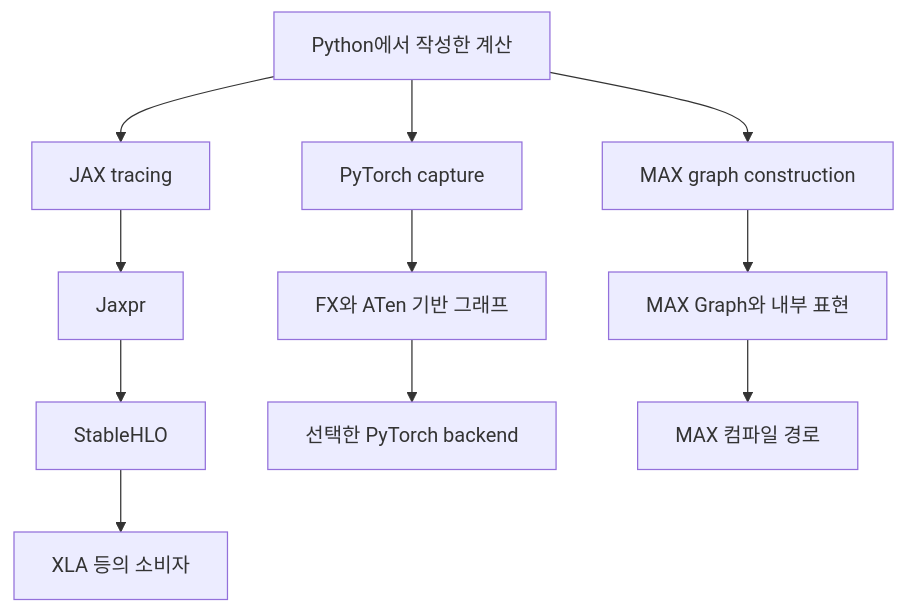
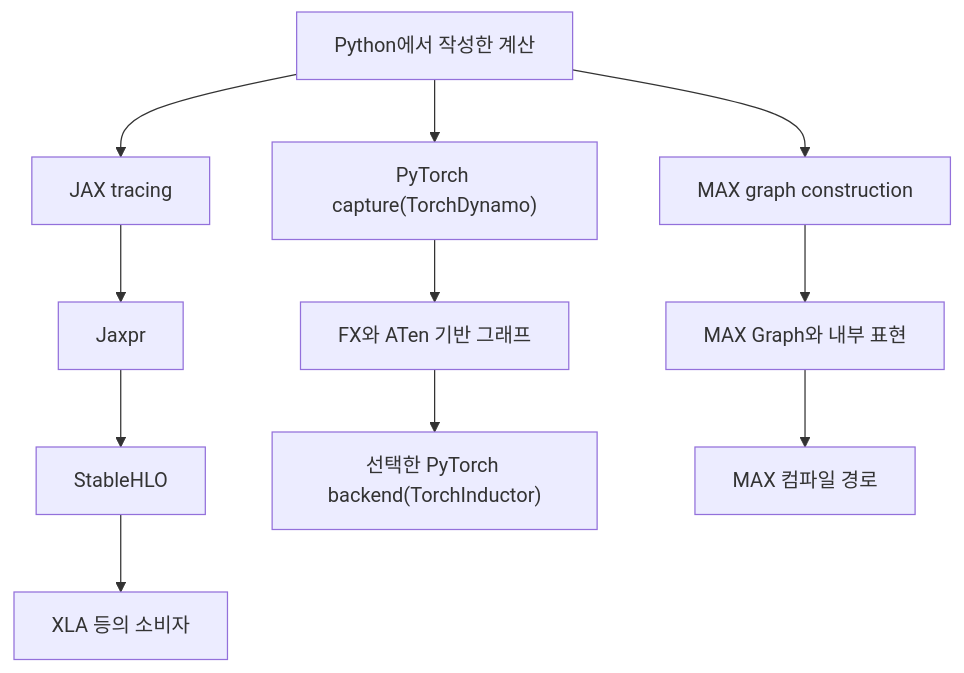
Before and after one commit to legato-user-group/tensor2slicon-lab: the fourth of 20 diagrams in week02/yblee.md, drawn with Mermaid. The commit also changed other lines of this file, not shown here.

````diff
--- a/week02/yblee.md
+++ b/week02/yblee.md
@@ -333,13 +341,13 @@
 ```mermaid
 flowchart TB
-    PY["Python에서 작성한 계산"] --> PT["PyTorch capture"]
+    PY["Python에서 작성한 계산"] --> PT["PyTorch capture(TorchDynamo)"]
     PY --> JAX["JAX tracing"]
     PY --> MAX["MAX graph construction"]
     PT --> FX["FX와 ATen 기반 그래프"]
     JAX --> JP["Jaxpr"]
     JP --> SH["StableHLO"]
     MAX --> MG["MAX Graph와 내부 표현"]
-    FX --> PB["선택한 PyTorch backend"]
+    FX --> PB["선택한 PyTorch backend(TorchInductor)"]
     SH --> XB["XLA 등의 소비자"]
     MG --> MB["MAX 컴파일 경로"]
 ```
````
